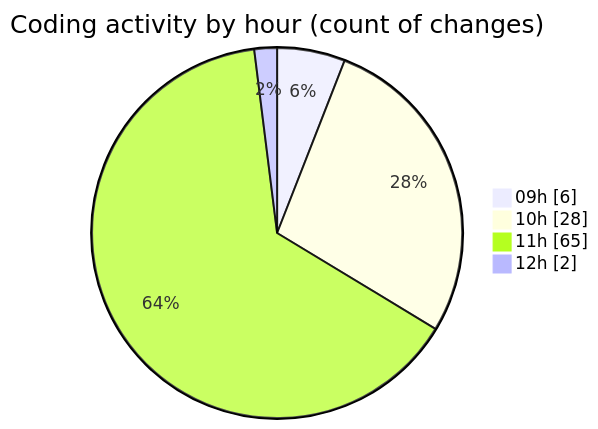
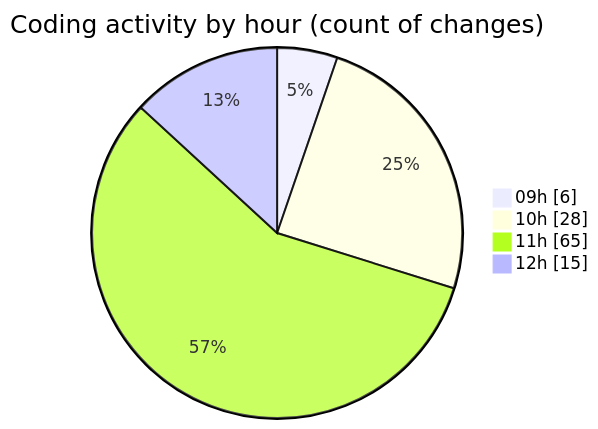
The second of 2 diagrams in 2025-03-27/cda/README.md (momahboobian/code-tracking), drawn with Mermaid before and after one commit. The commit also changed other lines of this file and 1 other file, not shown here.

````diff
--- a/2025-03-27/cda/README.md
+++ b/2025-03-27/cda/README.md
@@ -30,8 +30,8 @@
 ```mermaid
 pie showData
 title Coding activity by hour (count of changes)
 "09h" : 6
 "10h" : 28
 "11h" : 65
-"12h" : 2
+"12h" : 15
 ```
````
